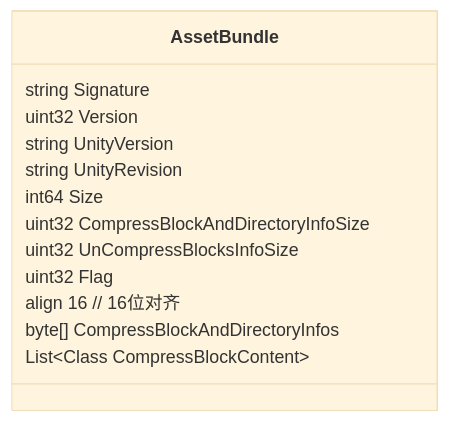
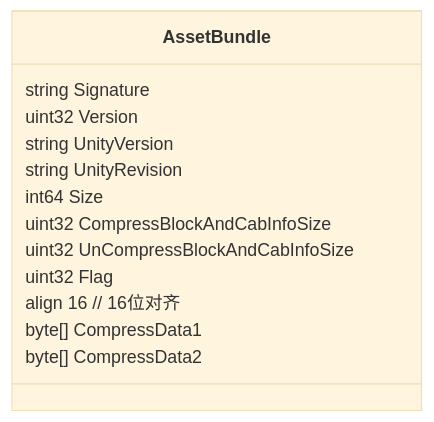
Before and after one commit to Conerlius/conerlius.github.io: the first of 7 diagrams in _posts/计算机/游戏/Unity/2022-07-27-Assetbundle文件格式说明.md, drawn with Mermaid (base theme). The commit also changed other lines of this file and 8 other files, not shown here.

````diff
--- a/_posts/计算机/游戏/Unity/2022-07-27-Assetbundle文件格式说明.md
+++ b/_posts/计算机/游戏/Unity/2022-07-27-Assetbundle文件格式说明.md
@@ -16,16 +16,16 @@
 ```mermaid
 classDiagram
 class AssetBundle{
     string Signature
     uint32 Version
     string UnityVersion
     string UnityRevision
     int64 Size
-    uint32 CompressBlockAndDirectoryInfoSize
-    uint32 UnCompressBlocksInfoSize
+    uint32 CompressBlockAndCabInfoSize
+    uint32 UnCompressBlockAndCabInfoSize
     uint32 Flag 
     align 16 // 16位对齐
-    byte[] CompressBlockAndDirectoryInfos
-    List~Class CompressBlockContent~
+    byte[] CompressData1
+    byte[] CompressData2
 }
 ```
````
